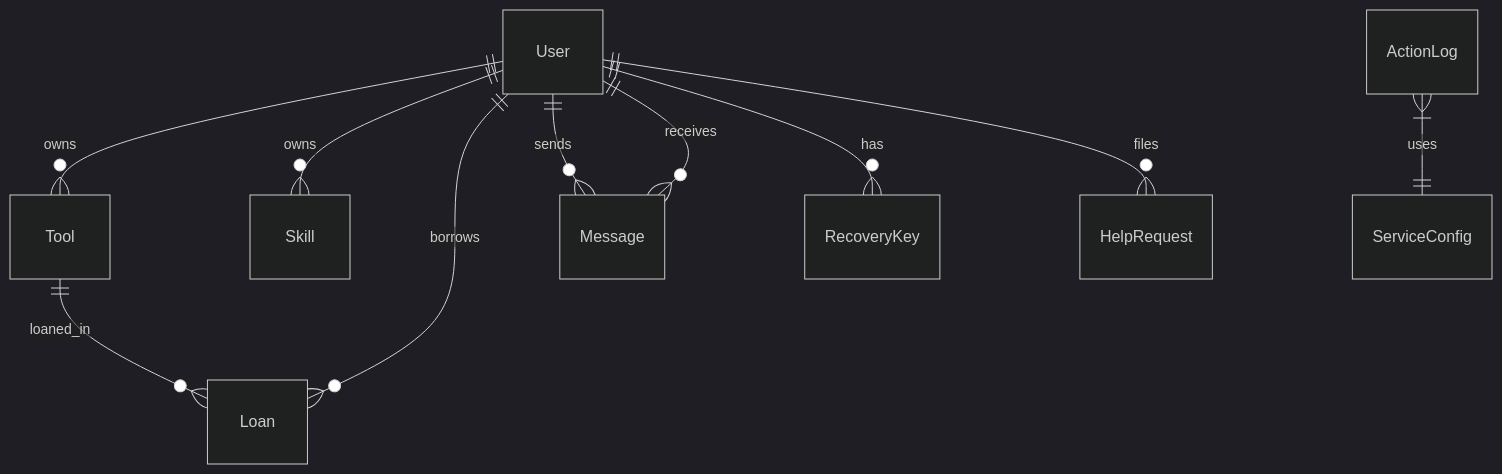
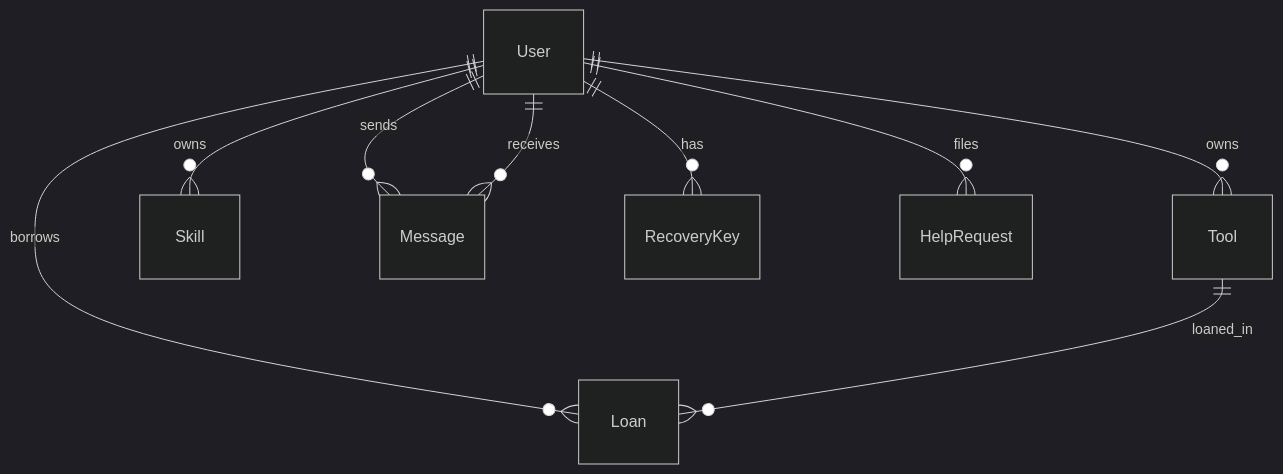
The second of 2 diagrams in README.md (csanders01914/toolslibrary), drawn with Mermaid (dark theme) before and after one commit. The commit also changed other lines of this file and 73 other files, not shown here.

````diff
--- a/README.md
+++ b/README.md
@@ -246,12 +243,11 @@
 ```mermaid
 erDiagram
     User ||--o{ Tool : "owns"
     User ||--o{ Skill : "owns"
     User ||--o{ Loan : "borrows"
     User ||--o{ Message : "sends"
     User ||--o{ Message : "receives"
     User ||--o{ RecoveryKey : "has"
     User ||--o{ HelpRequest : "files"
     Tool ||--o{ Loan : "loaned_in"
-    ActionLog }|--|| ServiceConfig : "uses"
 ```
````
